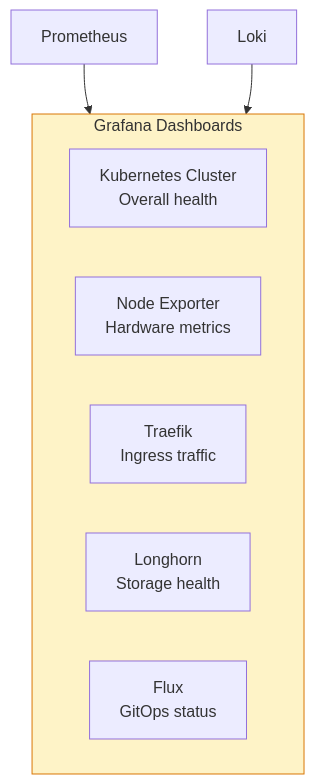
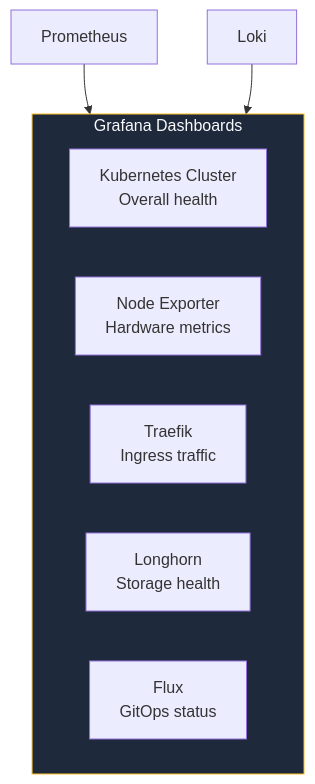
Before and after one commit to KombiverseLabs/docs: the fifth of 5 diagrams in stackkits/kits/modern-homelab.mdx, drawn with Mermaid. The commit also changed other lines of this file and 33 other files, not shown here.

````diff
--- a/stackkits/kits/modern-homelab.mdx
+++ b/stackkits/kits/modern-homelab.mdx
@@ -496,15 +496,15 @@
 ```mermaid
 graph TB
     subgraph Dashboards["Grafana Dashboards"]
         D1["Kubernetes Cluster<br/>Overall health"]
         D2["Node Exporter<br/>Hardware metrics"]
         D3["Traefik<br/>Ingress traffic"]
         D4["Longhorn<br/>Storage health"]
         D5["Flux<br/>GitOps status"]
     end
     
     Prom["Prometheus"] --> Dashboards
     Loki["Loki"] --> Dashboards
     
-    style Dashboards fill:#fef3c7,stroke:#d97706
+    style Dashboards fill:#1e293b,stroke:#fbbf24,color:#f8fafc
 ```
````
